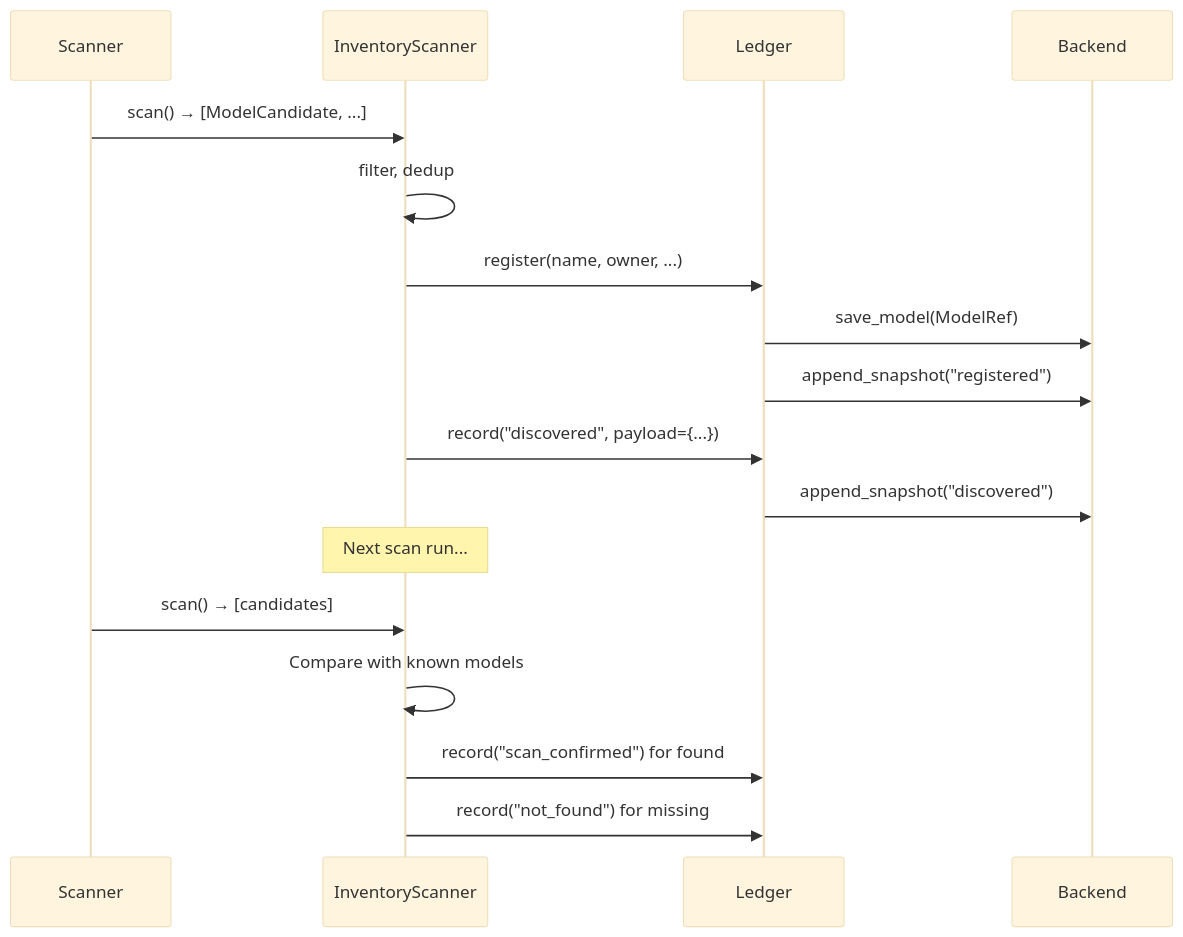
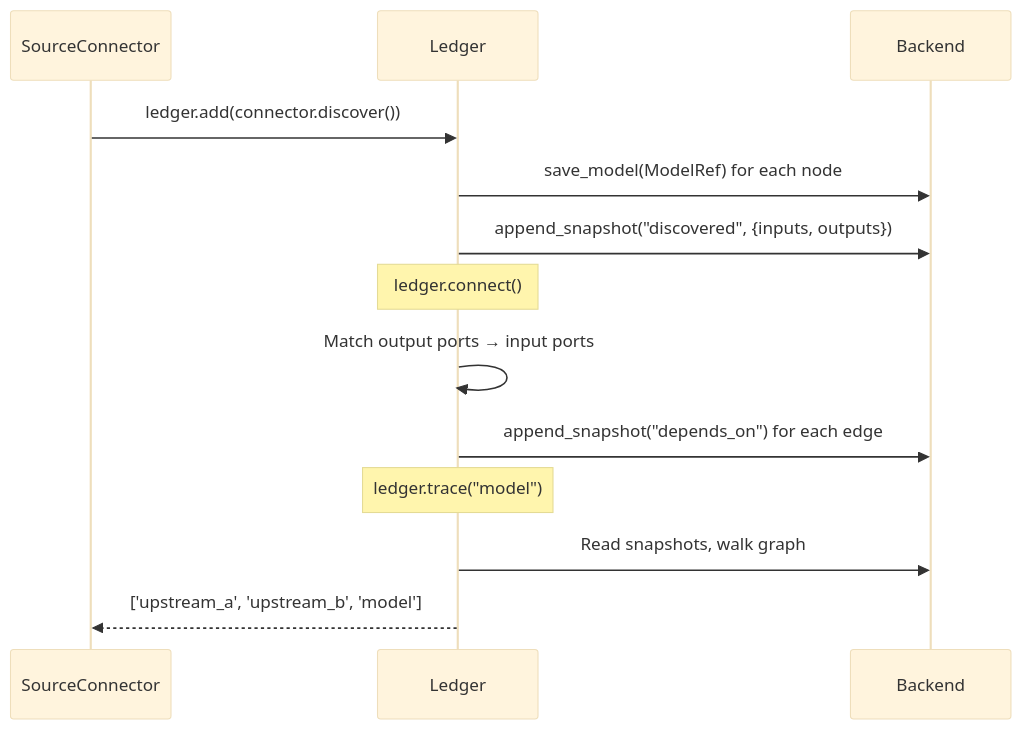
Before and after one commit to block/model-ledger: the second of 2 diagrams in README.md, drawn with Mermaid (base theme). The commit also changed other lines of this file and 16 other files, not shown here.

First line of the commit message:
feat: model-ledger v0.4.0 — DataNode graph architecture (#3)

````diff
--- a/README.md
+++ b/README.md
@@ -127,21 +94,18 @@
 ```mermaid
 sequenceDiagram
-    participant S as Scanner
-    participant O as InventoryScanner
+    participant C as SourceConnector
     participant L as Ledger
     participant B as Backend
 
-    S->>O: scan() → [ModelCandidate, ...]
-    O->>O: filter, dedup
-    O->>L: register(name, owner, ...)
-    L->>B: save_model(ModelRef)
-    L->>B: append_snapshot("registered")
-    O->>L: record("discovered", payload={...})
-    L->>B: append_snapshot("discovered")
+    C->>L: ledger.add(connector.discover())
+    L->>B: save_model(ModelRef) for each node
+    L->>B: append_snapshot("discovered", {inputs, outputs})
 
-    Note over O: Next scan run...
-    S->>O: scan() → [candidates]
-    O->>O: Compare with known models
-    O->>L: record("scan_confirmed") for found
-    O->>L: record("not_found") for missing
+    Note over L: ledger.connect()
+    L->>L: Match output ports → input ports
+    L->>B: append_snapshot("depends_on") for each edge
+
+    Note over L: ledger.trace("model")
+    L->>B: Read snapshots, walk graph
+    L-->>C: ['upstream_a', 'upstream_b', 'model']
 ```
````
